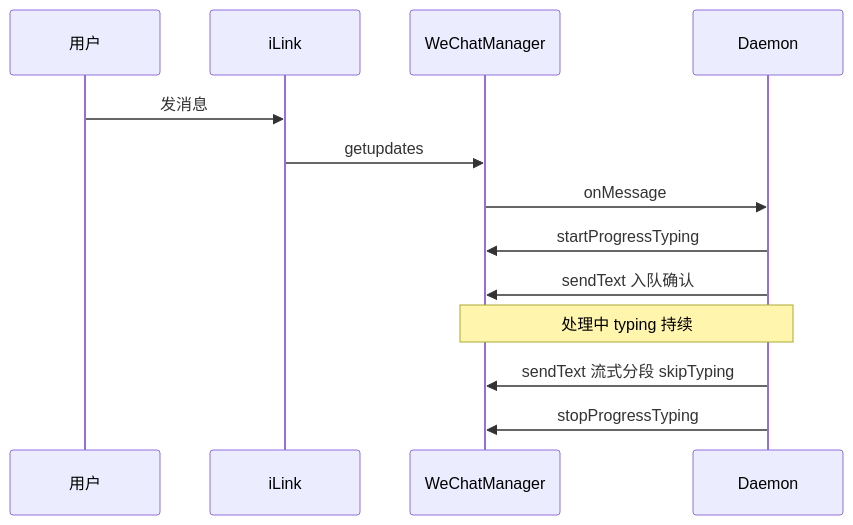
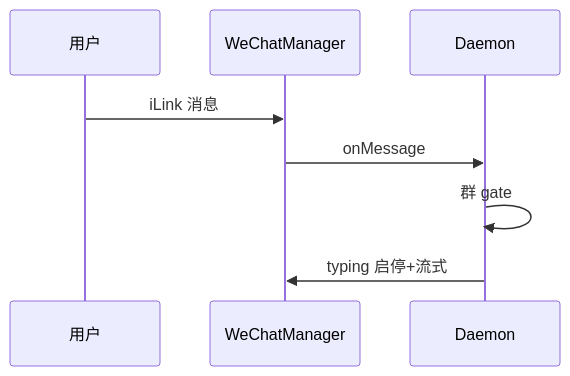
One commit to suveng/cursor-claw changed the diagram in knowledge/业务域/消息桥接/03-微信通道.md. Above: the diagram before and after it, drawn with Mermaid. The commit also changed other lines of this file and 55 other files, not shown here.

````diff
--- a/knowledge/业务域/消息桥接/03-微信通道.md
+++ b/knowledge/业务域/消息桥接/03-微信通道.md
@@ -27,15 +29,10 @@
 ```mermaid
 sequenceDiagram
   participant U as 用户
-  participant IL as iLink
   participant WM as WeChatManager
   participant D as Daemon
-  U->>IL: 发消息
-  IL->>WM: getupdates
+  U->>WM: iLink 消息
   WM->>D: onMessage
-  D->>WM: startProgressTyping
-  D->>WM: sendText 入队确认
-  Note over D,WM: 处理中 typing 持续
-  D->>WM: sendText 流式分段 skipTyping
-  D->>WM: stopProgressTyping
+  D->>D: 群 gate
+  D->>WM: typing 启停+流式
 ```
````
